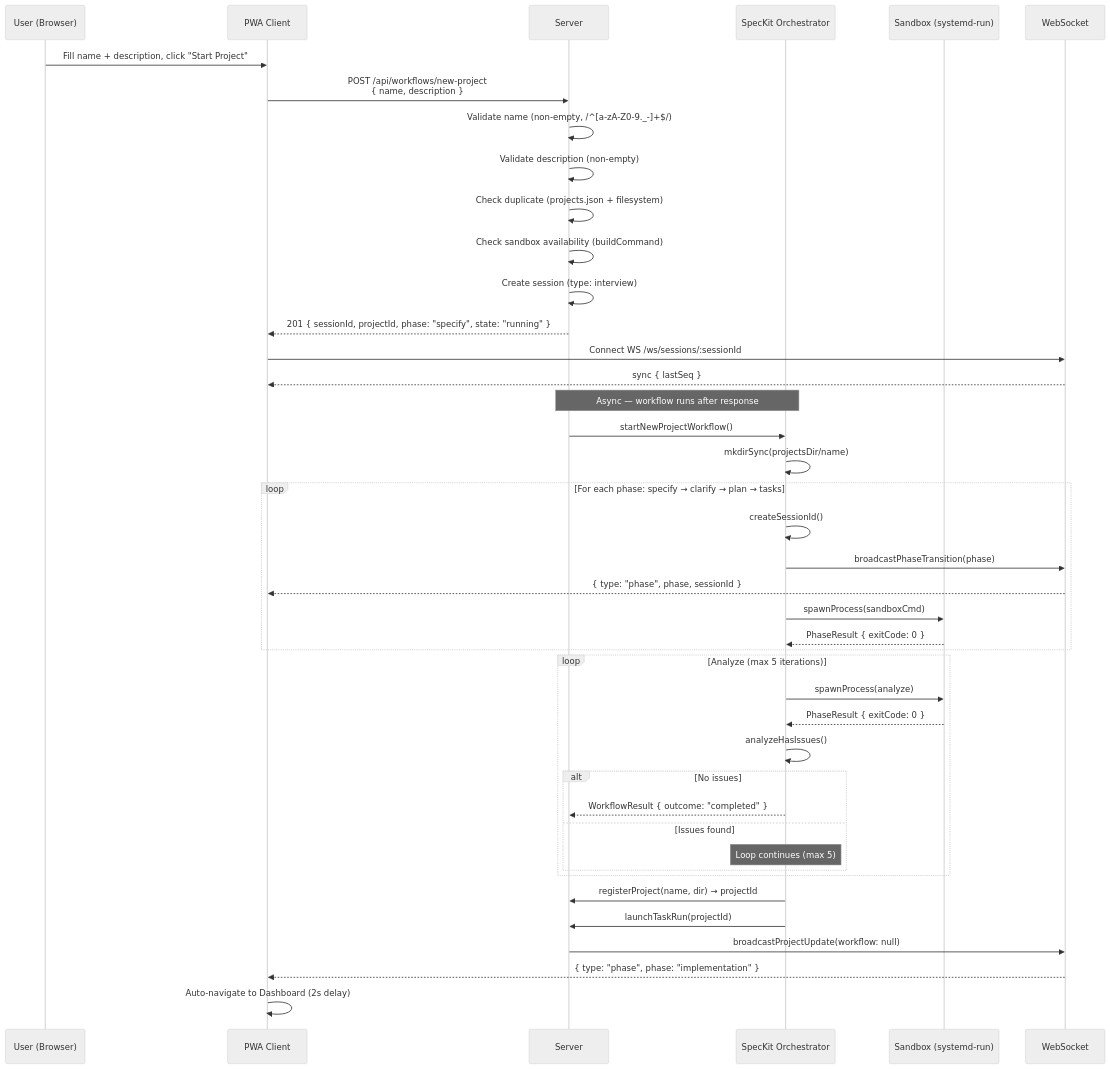
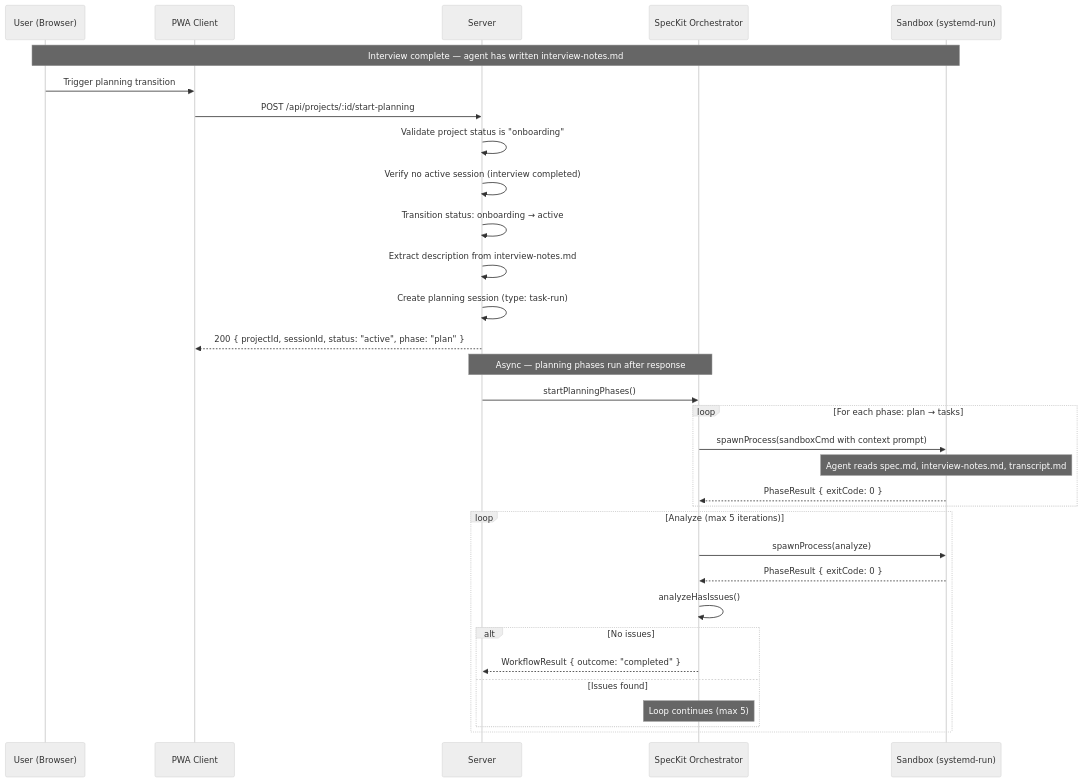
The eighth of 11 diagrams in UI_FLOW.md (mmmaxwwwell/agent-runner), drawn with Mermaid (neutral theme) before and after one commit. The commit also changed other lines of this file and 1 other file, not shown here.

First line of the commit message:
docs(T039): update UI_FLOW.md for unified onboarding flow

````diff
--- a/UI_FLOW.md
+++ b/UI_FLOW.md
@@ -404,51 +504,40 @@
 ```mermaid
 sequenceDiagram
     participant U as User (Browser)
     participant C as PWA Client
     participant S as Server
     participant SK as SpecKit Orchestrator
     participant SB as Sandbox (systemd-run)
-    participant WS as WebSocket
 
-    U->>C: Fill name + description, click "Start Project"
-    C->>S: POST /api/workflows/new-project<br/>{ name, description }
-    S->>S: Validate name (non-empty, /^[a-zA-Z0-9._-]+$/)
-    S->>S: Validate description (non-empty)
-    S->>S: Check duplicate (projects.json + filesystem)
-    S->>S: Check sandbox availability (buildCommand)
-    S->>S: Create session (type: interview)
-    S-->>C: 201 { sessionId, projectId, phase: "specify", state: "running" }
+    Note over U,SB: Interview complete — agent has written interview-notes.md
 
-    C->>WS: Connect WS /ws/sessions/:sessionId
-    WS-->>C: sync { lastSeq }
+    U->>C: Trigger planning transition
+    C->>S: POST /api/projects/:id/start-planning
+    S->>S: Validate project status is "onboarding"
+    S->>S: Verify no active session (interview completed)
+    S->>S: Transition status: onboarding → active
+    S->>S: Extract description from interview-notes.md
+    S->>S: Create planning session (type: task-run)
+    S-->>C: 200 { projectId, sessionId, status: "active", phase: "plan" }
 
-    Note over S,SK: Async — workflow runs after response
+    Note over S,SK: Async — planning phases run after response
 
-    S->>SK: startNewProjectWorkflow()
-    SK->>SK: mkdirSync(projectsDir/name)
+    S->>SK: startPlanningPhases()
 
-    loop For each phase: specify → clarify → plan → tasks
-        SK->>SK: createSessionId()
-        SK->>WS: broadcastPhaseTransition(phase)
-        WS-->>C: { type: "phase", phase, sessionId }
-        SK->>SB: spawnProcess(sandboxCmd)
+    loop For each phase: plan → tasks
+        SK->>SB: spawnProcess(sandboxCmd with context prompt)
+        Note over SB: Agent reads spec.md, interview-notes.md, transcript.md
         SB-->>SK: PhaseResult { exitCode: 0 }
     end
 
     loop Analyze (max 5 iterations)
         SK->>SB: spawnProcess(analyze)
         SB-->>SK: PhaseResult { exitCode: 0 }
         SK->>SK: analyzeHasIssues()
         alt No issues
             SK-->>S: WorkflowResult { outcome: "completed" }
         else Issues found
             Note over SK: Loop continues (max 5)
         end
     end
-
-    SK->>S: registerProject(name, dir) → projectId
-    SK->>S: launchTaskRun(projectId)
-    S->>WS: broadcastProjectUpdate(workflow: null)
-    WS-->>C: { type: "phase", phase: "implementation" }
-    C->>C: Auto-navigate to Dashboard (2s delay)
 ```
````
